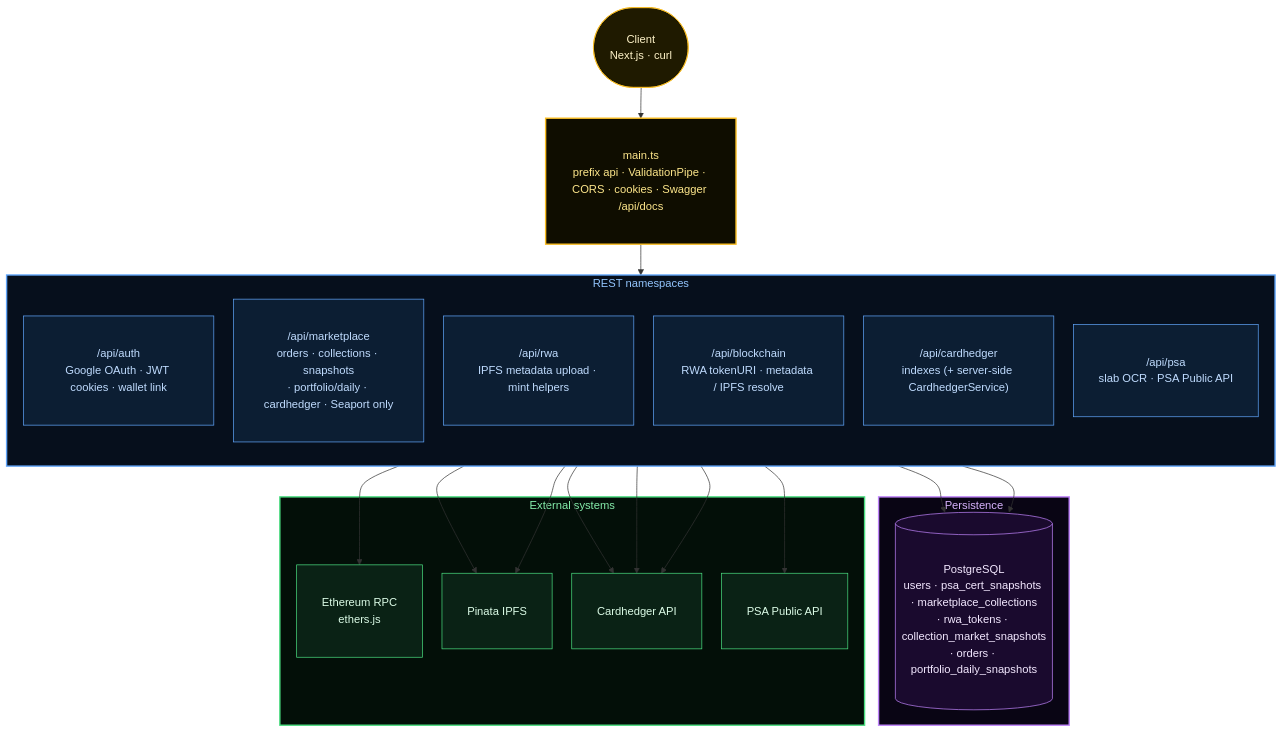
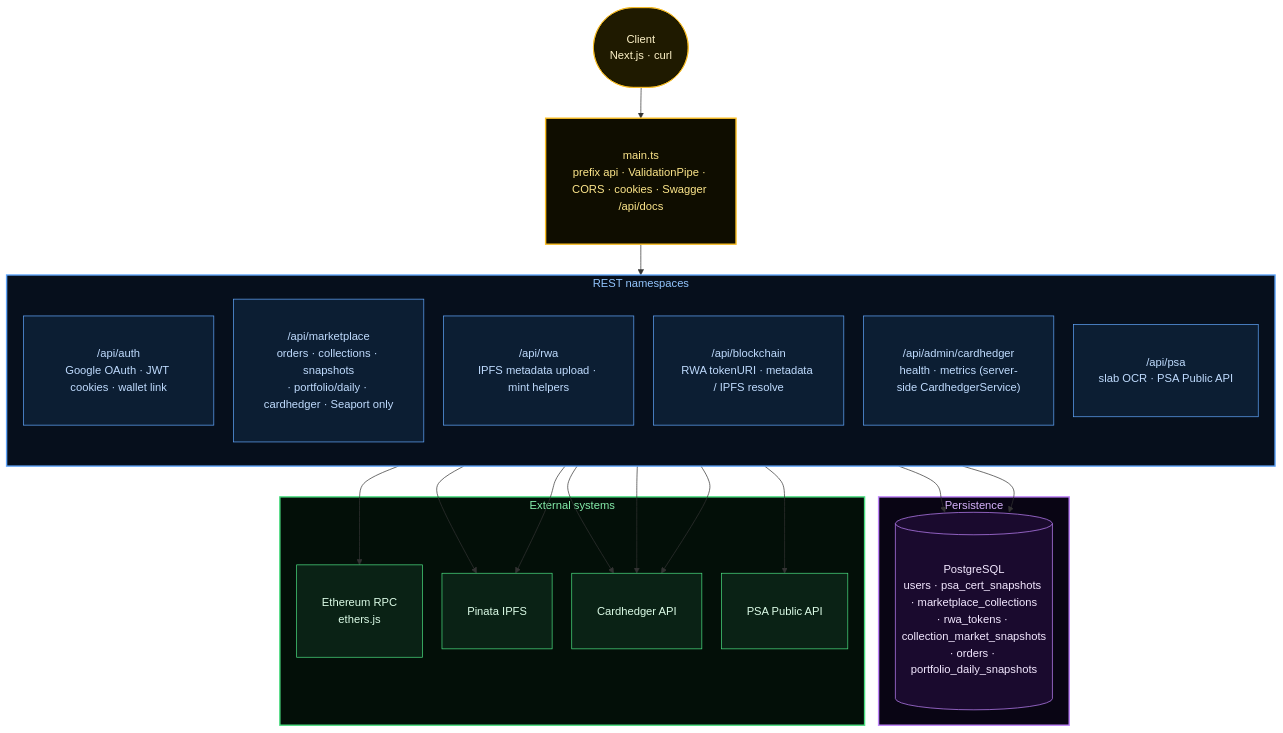
Before and after one commit to tokenable-dev/tokenable-dev: the ninth of 11 diagrams in docs/diagrams/marketplace-lifecycle.en.md, drawn with Mermaid. The commit also changed other lines of this file and 24 other files, not shown here.

````diff
--- a/docs/diagrams/marketplace-lifecycle.en.md
+++ b/docs/diagrams/marketplace-lifecycle.en.md
@@ -639,50 +639,50 @@
 ```mermaid
 %%{init: {'flowchart': {'rankSpacing': 44, 'nodeSpacing': 28, 'padding': 18}}}%%
 flowchart TD
     classDef entry fill:#1f1a00,stroke:#fbbf24,color:#fef3c7,padding:8px 14px
     classDef route fill:#0c1e33,stroke:#60a5fa,color:#bfdbfe,padding:8px 14px
     classDef data  fill:#1a0a2e,stroke:#c084fc,color:#f3e8ff,padding:8px 14px
     classDef ext   fill:#0a2215,stroke:#4ade80,color:#dcfce7,padding:8px 14px
 
     CLIENT(["Client<br/>Next.js · curl"]):::entry
 
     GATE["main.ts<br/>prefix api · ValidationPipe · CORS · cookies · Swagger /api/docs"]:::entry
 
     subgraph REST ["REST namespaces"]
         direction TB
         R_AUTH["/api/auth<br/>Google OAuth · JWT cookies · wallet link"]:::route
         R_MKT["/api/marketplace<br/>orders · collections · snapshots<br/>· portfolio/daily · cardhedger · Seaport only"]:::route
         R_RWA["/api/rwa<br/>IPFS metadata upload · mint helpers"]:::route
         R_BC["/api/blockchain<br/>RWA tokenURI · metadata / IPFS resolve"]:::route
-        R_CH["/api/cardhedger<br/>indexes (+ server-side CardhedgerService)"]:::route
+        R_CH["/api/admin/cardhedger<br/>health · metrics (server-side CardhedgerService)"]:::route
         R_PSA["/api/psa<br/>slab OCR · PSA Public API"]:::route
     end
 
     subgraph PERSIST ["Persistence"]
         PG[("PostgreSQL<br/>users · psa_cert_snapshots · marketplace_collections<br/>· rwa_tokens · collection_market_snapshots<br/>· orders · portfolio_daily_snapshots")]:::data
     end
 
     subgraph OUT ["External systems"]
         ETH["Ethereum RPC<br/>ethers.js"]:::ext
         PIN["Pinata IPFS"]:::ext
         CH["Cardhedger API"]:::ext
         PSAHTTP["PSA Public API"]:::ext
     end
 
     CLIENT --> GATE
     GATE --> REST
     R_MKT --> PG
     R_MKT --> CH
     R_AUTH --> PG
     R_RWA --> PIN
     R_BC --> ETH
     R_CH --> CH
     R_PSA --> PIN
     R_PSA --> CH
     R_PSA --> PSAHTTP
 
     style GATE fill:#0f0d00,stroke:#fbbf24,stroke-width:2px,color:#fde68a
     style REST fill:#060f1c,stroke:#60a5fa,stroke-width:2px,color:#93c5fd
     style PERSIST fill:#090514,stroke:#c084fc,stroke-width:2px,color:#d8b4fe
     style OUT fill:#030f08,stroke:#4ade80,stroke-width:2px,color:#86efac
 ```
````
